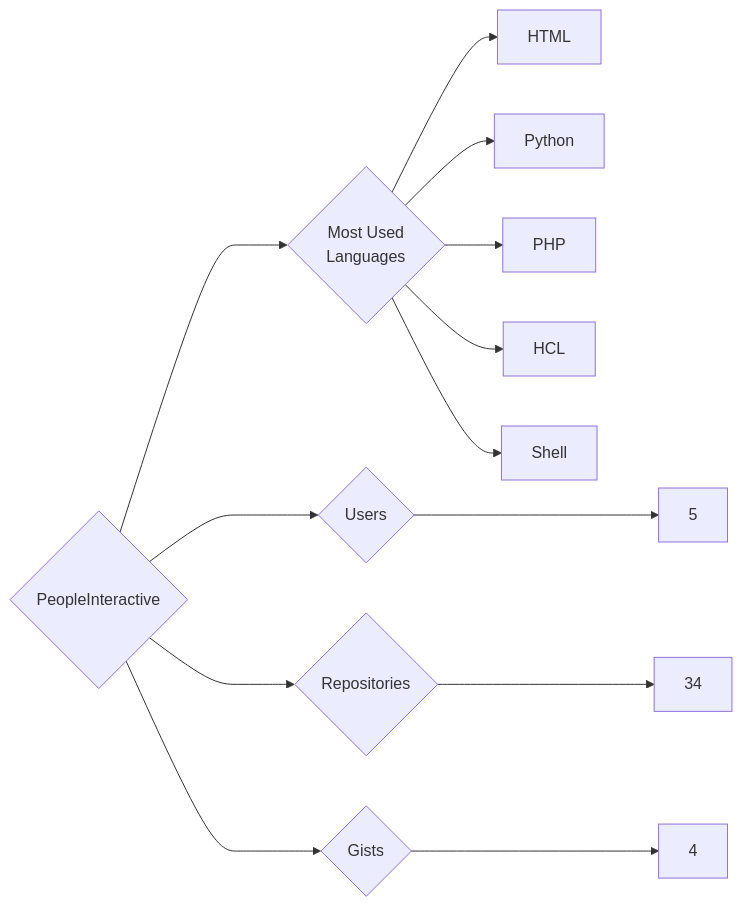
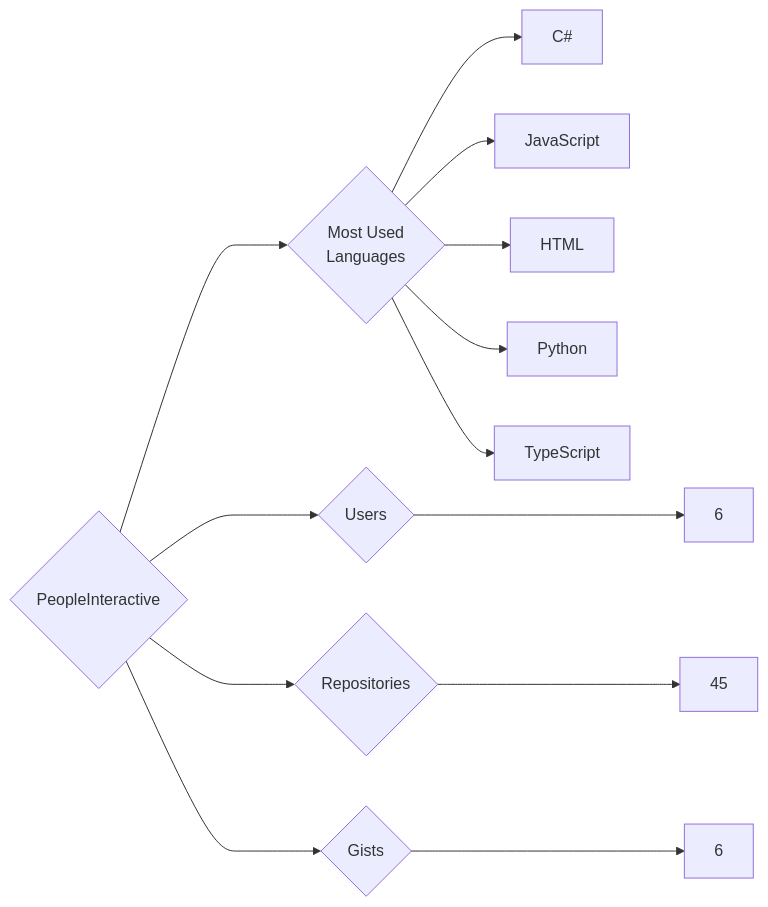
The diagram in targets/PeopleInteractive/README.md (trickest/insiders), drawn with Mermaid before and after one commit. The commit also changed 878 other files, not shown here.

````diff
--- a/targets/PeopleInteractive/README.md
+++ b/targets/PeopleInteractive/README.md
@@ -3,13 +3,13 @@
 ```mermaid
 graph LR
 COMPANY_NAME{PeopleInteractive}
-COMPANY_NAME ---> U{Users} ---> UN[5]
-COMPANY_NAME ---> R{Repositories} ---> RN[34]
-COMPANY_NAME ---> G{Gists} ---> GN[4]
+COMPANY_NAME ---> U{Users} ---> UN[6]
+COMPANY_NAME ---> R{Repositories} ---> RN[45]
+COMPANY_NAME ---> G{Gists} ---> GN[6]
 COMPANY_NAME ---> ML{Most Used<br>Languages}
+ML --> C#[C#]
+ML --> JavaScript[JavaScript]
 ML --> HTML[HTML]
 ML --> Python[Python]
-ML --> PHP[PHP]
-ML --> HCL[HCL]
-ML --> Shell[Shell]
+ML --> TypeScript[TypeScript]
 ```
````
